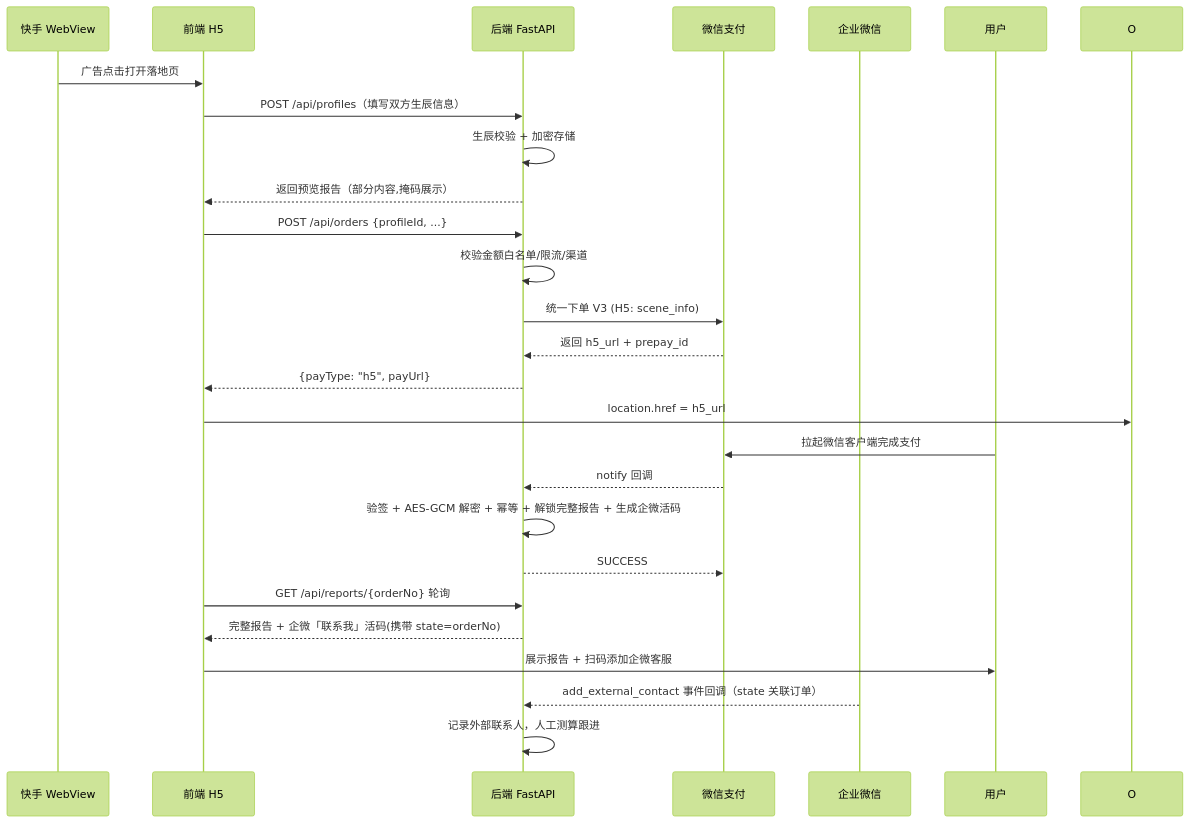
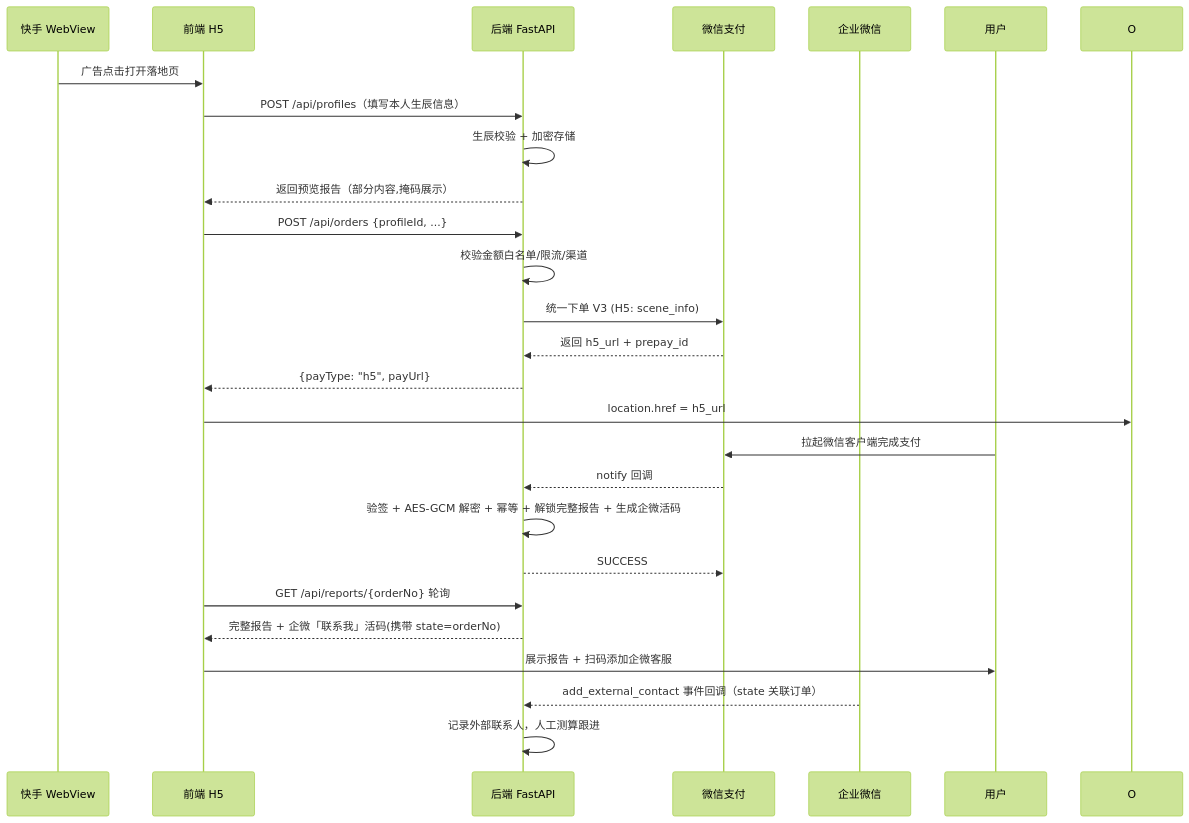
Before and after one commit to LiquorXR/yycs: the third of 5 diagrams in doc/开发文档.md, drawn with Mermaid (forest theme). The commit also changed other lines of this file and 1 other file, not shown here.

````diff
--- a/doc/开发文档.md
+++ b/doc/开发文档.md
@@ -84,29 +84,29 @@
 ```mermaid
 sequenceDiagram
     participant K as 快手 WebView
     participant F as 前端 H5
     participant B as 后端 FastAPI
     participant W as 微信支付
     participant Q as 企业微信
     participant UX as 用户
 
     K->>F: 广告点击打开落地页
-    F->>B: POST /api/profiles（填写双方生辰信息）
+    F->>B: POST /api/profiles（填写本人生辰信息）
     B->>B: 生辰校验 + 加密存储
     B-->>F: 返回预览报告（部分内容,掩码展示）
     F->>B: POST /api/orders {profileId, ...}
     B->>B: 校验金额白名单/限流/渠道
     B->>W: 统一下单 V3 (H5: scene_info)
     W-->>B: 返回 h5_url + prepay_id
     B-->>F: {payType: "h5", payUrl}
     F->>O: location.href = h5_url
     UX->>W: 拉起微信客户端完成支付
     W-->>B: notify 回调
     B->>B: 验签 + AES-GCM 解密 + 幂等 + 解锁完整报告 + 生成企微活码
     B-->>W: SUCCESS
     F->>B: GET /api/reports/{orderNo} 轮询
     B-->>F: 完整报告 + 企微「联系我」活码(携带 state=orderNo)
     F->>UX: 展示报告 + 扫码添加企微客服
     Q-->>B: add_external_contact 事件回调（state 关联订单）
     B->>B: 记录外部联系人，人工测算跟进
 ```
````
